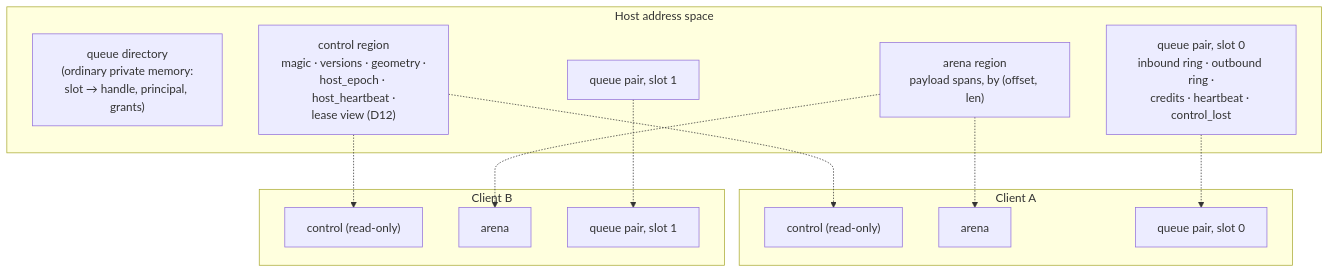
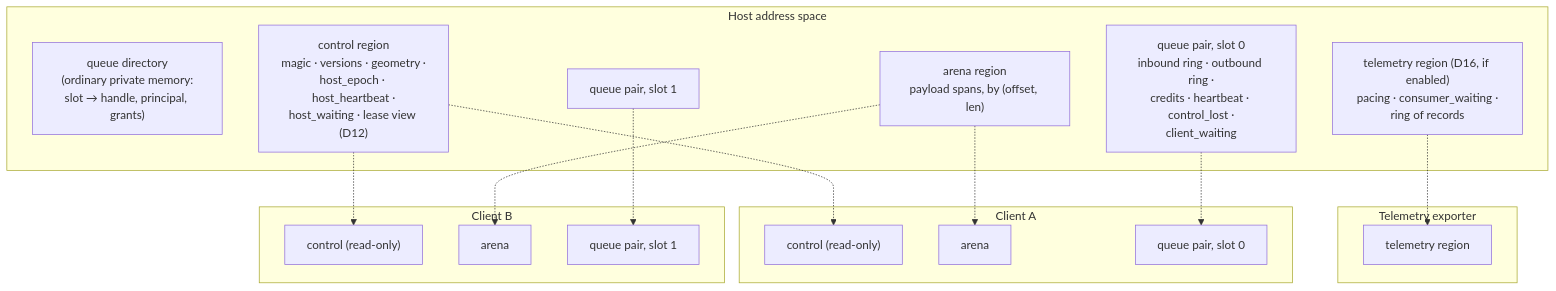
The second of 4 diagrams in docs/architecture.md (RakuenSoftware/ouroboros-ring), drawn with Mermaid before and after one commit. The commit also changed other lines of this file and 10 other files, not shown here.

````diff
--- a/docs/architecture.md
+++ b/docs/architecture.md
@@ -54,26 +54,31 @@
 ```mermaid
 flowchart TB
     subgraph host["Host address space"]
         DIR["queue directory<br/>(ordinary private memory:<br/>slot → handle, principal, grants)"]
-        CTL["control region<br/>magic · versions · geometry ·<br/>host_epoch · host_heartbeat ·<br/>lease view (D12)"]
+        CTL["control region<br/>magic · versions · geometry ·<br/>host_epoch · host_heartbeat ·<br/>host_waiting · lease view (D12)"]
         ARENA["arena region<br/>payload spans, by (offset, len)"]
-        QA["queue pair, slot 0<br/>inbound ring · outbound ring ·<br/>credits · heartbeat · control_lost"]
+        QA["queue pair, slot 0<br/>inbound ring · outbound ring ·<br/>credits · heartbeat · control_lost ·<br/>client_waiting"]
         QB["queue pair, slot 1"]
+        TLM["telemetry region (D16, if enabled)<br/>pacing · consumer_waiting ·<br/>ring of records"]
+    end
+    subgraph exporter["Telemetry exporter"]
+        X1["telemetry region"]
     end
     subgraph ca["Client A"]
         CA1["control (read-only)"]
         CA2["arena"]
         CA3["queue pair, slot 0"]
     end
     subgraph cb["Client B"]
         CB1["control (read-only)"]
         CB2["arena"]
         CB3["queue pair, slot 1"]
     end
     CTL -.-> CA1
     CTL -.-> CB1
     ARENA -.-> CA2
     ARENA -.-> CB2
     QA -.-> CA3
     QB -.-> CB3
+    TLM -.-> X1
 ```
````
